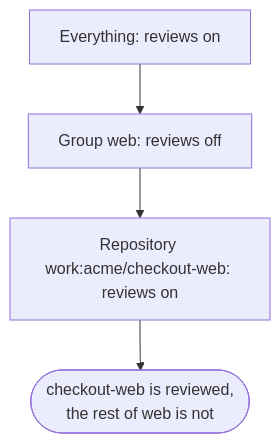
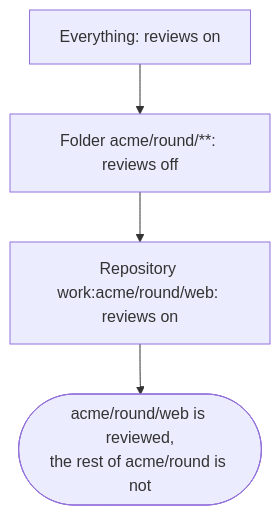
Before and after one commit to holtkeeper/holtkeeper: the second of 2 diagrams in docs/src/content/docs/start/concepts/fleet.mdx, drawn with Mermaid. The commit also changed other lines of this file and 666 other files, not shown here.

````diff
--- a/docs/src/content/docs/start/concepts/fleet.mdx
+++ b/docs/src/content/docs/start/concepts/fleet.mdx
@@ -82,6 +115,6 @@
 ```mermaid
 flowchart TB
-  A["Everything: reviews on"] --> B["Group web: reviews off"]
-  B --> C["Repository work:acme/checkout-web: reviews on"]
-  C --> D(["checkout-web is reviewed,<br/>the rest of web is not"])
+  A["Everything: reviews on"] --> B["Folder acme/round/**: reviews off"]
+  B --> C["Repository work:acme/round/web: reviews on"]
+  C --> D(["acme/round/web is reviewed,<br/>the rest of acme/round is not"])
 ```
````
